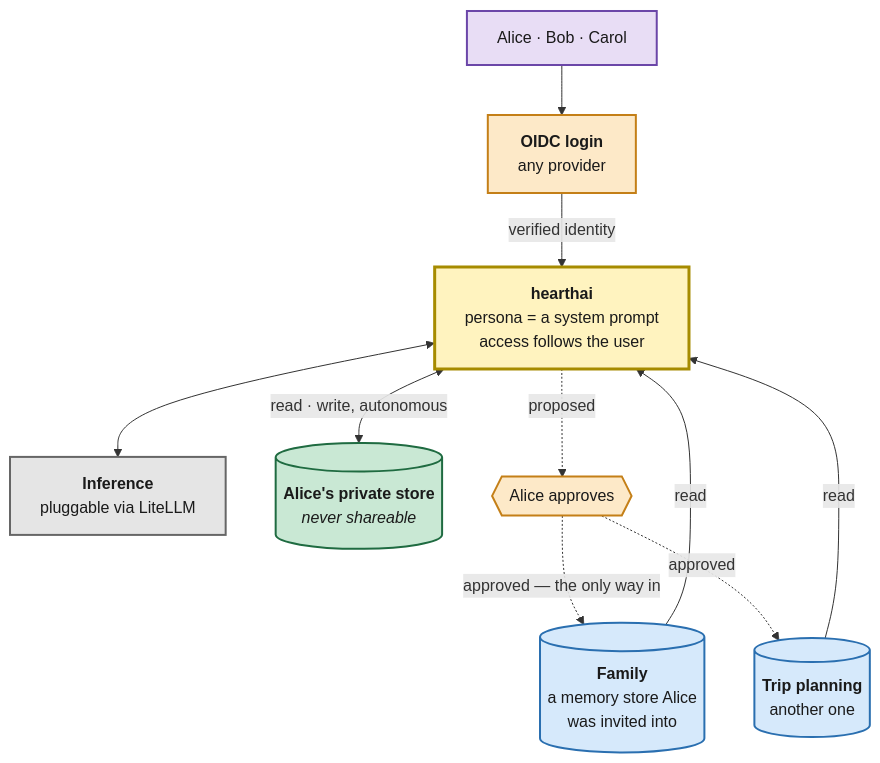
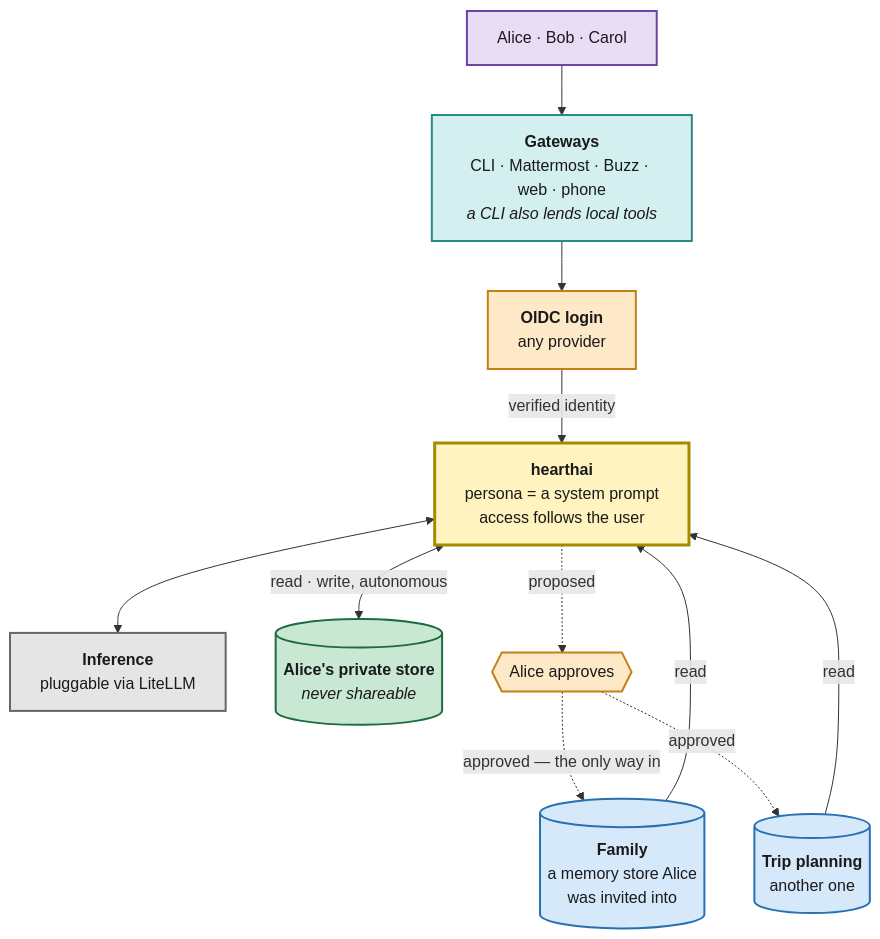
One commit to jokajak/hearthai changed the diagram in README.md. Above: the diagram before and after it, drawn with Mermaid. The commit also changed other lines of this file, not shown here.

````diff
--- a/README.md
+++ b/README.md
@@ -19,28 +23,31 @@
 ```mermaid
 flowchart TB
     U["Alice · Bob · Carol"]:::person
+    GW["<b>Gateways</b><br/>CLI · Mattermost · Buzz · web · phone<br/><i>a CLI also lends local tools</i>"]:::ui
     OIDC["<b>OIDC login</b><br/>any provider"]:::gate
     H["<b>hearthai</b><br/>persona = a system prompt<br/>access follows the user"]:::core
     INF["<b>Inference</b><br/>pluggable via LiteLLM"]:::inf
     PRIV[("<b>Alice's private store</b><br/><i>never shareable</i>")]:::priv
     SH1[("<b>Family</b><br/>a memory store Alice<br/>was invited into")]:::shared
     SH2[("<b>Trip planning</b><br/>another one")]:::shared
     OK{{"Alice approves"}}:::gate
 
-    U --> OIDC
+    U --> GW
+    GW --> OIDC
     OIDC -->|"verified identity"| H
     H <--> INF
     H <-->|"read · write, autonomous"| PRIV
     SH1 -->|read| H
     SH2 -->|read| H
     H -. "proposed" .-> OK
     OK -. "approved — the only way in" .-> SH1
     OK -. "approved" .-> SH2
 
     classDef person fill:#e8ddf5,stroke:#6b46a8,stroke-width:2px,color:#1a1a1a
+    classDef ui fill:#d3efef,stroke:#2a8a8a,stroke-width:2px,color:#1a1a1a
     classDef gate fill:#fde9c8,stroke:#c47f17,stroke-width:2px,color:#1a1a1a
     classDef core fill:#fff3bf,stroke:#a68b00,stroke-width:3px,color:#1a1a1a
     classDef inf fill:#e5e5e5,stroke:#666666,stroke-width:2px,color:#1a1a1a
     classDef priv fill:#c9e8d4,stroke:#1f6b41,stroke-width:2px,color:#1a1a1a
     classDef shared fill:#d6e9fb,stroke:#2a6fb0,stroke-width:2px,color:#1a1a1a
 ```
````
